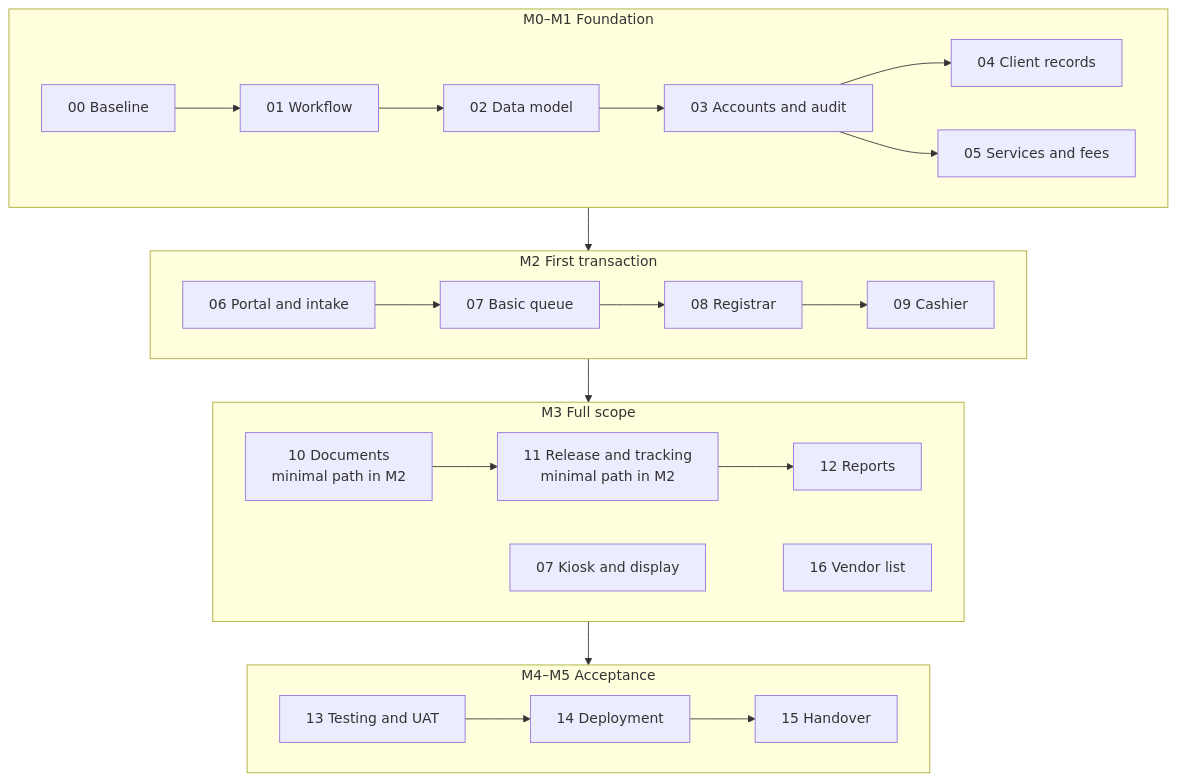
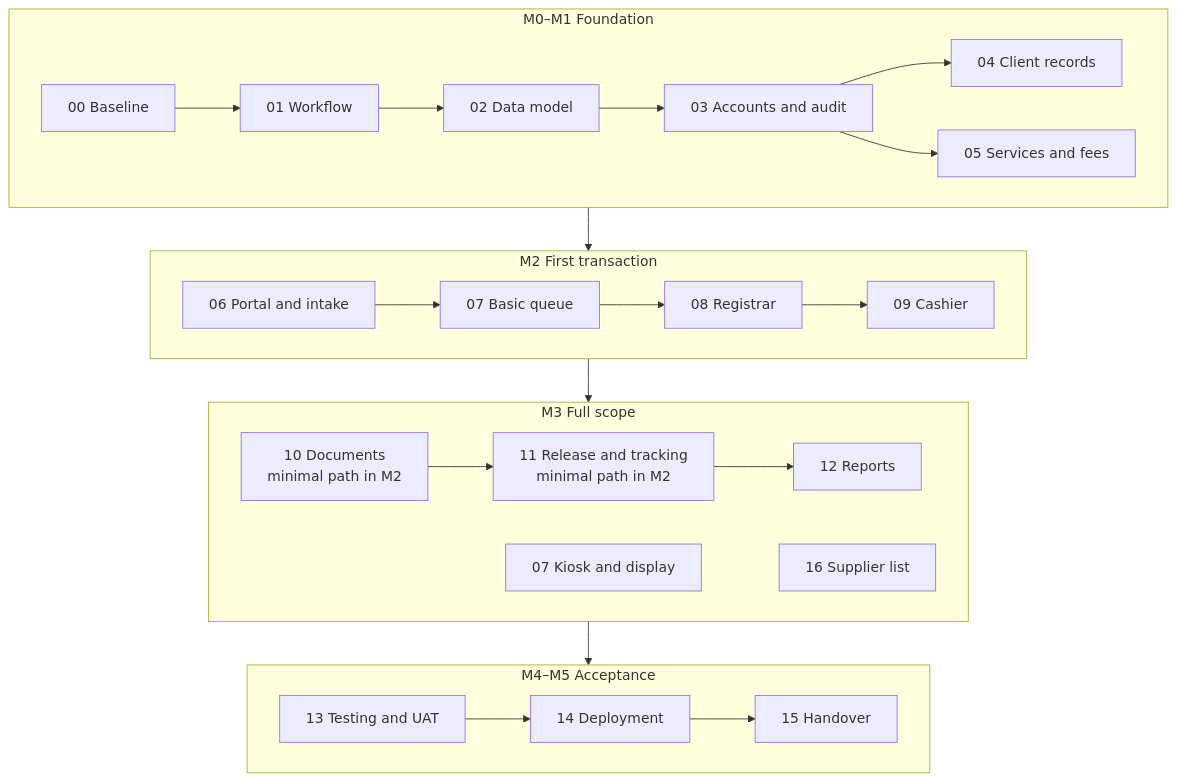
The second of 2 diagrams in System_Plan/index.md (EnrieJohn31/BISU-Registrar), drawn with Mermaid before and after one commit. The commit also changed other lines of this file and 13 other files, not shown here.

Commit message:
docs: rename Registrar vendor module to supplier

````diff
--- a/System_Plan/index.md
+++ b/System_Plan/index.md
@@ -59,23 +59,23 @@
 ```mermaid
 flowchart TB
     subgraph M01["M0–M1 Foundation"]
         direction LR
         P00[00 Baseline] --> P01[01 Workflow] --> P02[02 Data model] --> P03[03 Accounts and audit]
         P03 --> P04[04 Client records]
         P03 --> P05[05 Services and fees]
     end
     subgraph M2["M2 First transaction"]
         direction LR
         P06[06 Portal and intake] --> P07a[07 Basic queue] --> P08[08 Registrar] --> P09[09 Cashier]
     end
     subgraph M3["M3 Full scope"]
         direction LR
         P10["10 Documents<br/>minimal path in M2"] --> P11["11 Release and tracking<br/>minimal path in M2"] --> P12[12 Reports]
-        P07b[07 Kiosk and display] ~~~ P16[16 Vendor list]
+        P07b[07 Kiosk and display] ~~~ P16[16 Supplier list]
     end
     subgraph M45["M4–M5 Acceptance"]
         direction LR
         P13[13 Testing and UAT] --> P14[14 Deployment] --> P15[15 Handover]
     end
     M01 --> M2 --> M3 --> M45
 ```
````
